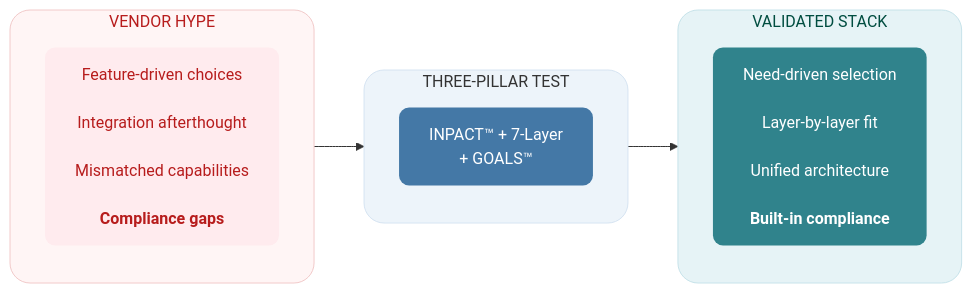
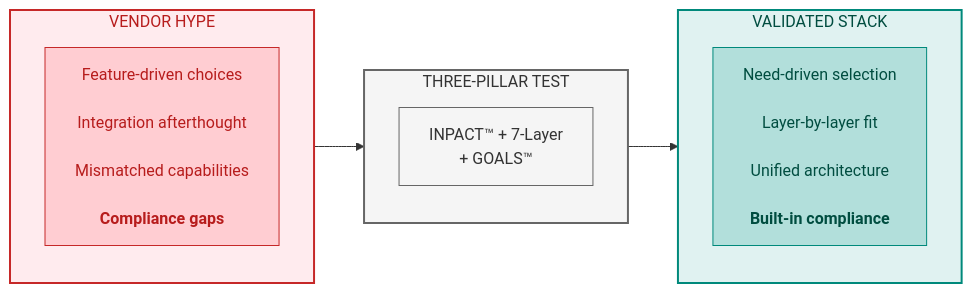
The first of 5 diagrams in manuscript/12_chapter_11_technology_selection_guide.md (saitejesh-cyber/trust-before-intelligence-book), drawn with Mermaid before and after one commit. The commit also changed other lines of this file and 12 other files, not shown here.

Commit message:
Restore legacy Mermaid styles for Option 1

````diff
--- a/manuscript/12_chapter_11_technology_selection_guide.md
+++ b/manuscript/12_chapter_11_technology_selection_guide.md
@@ -23,28 +23,28 @@
 ```mermaid
 
  graph LR
     subgraph BEFORE["VENDOR HYPE"]
         direction TB
         B1["Feature-driven choices<br/><br/>Integration afterthought<br/><br/>Mismatched capabilities<br/><br/><b>Compliance gaps</b>"]
     end
     
     subgraph TRANSFORM["THREE-PILLAR TEST"]
         direction TB
         T1["INPACT™ + 7-Layer<br/>+ GOALS™"]
     end
     
     subgraph AFTER["VALIDATED STACK"]
         direction TB
         A1["Need-driven selection<br/><br/>Layer-by-layer fit<br/><br/>Unified architecture<br/><br/><b>Built-in compliance</b>"]
     end
     
     BEFORE --> TRANSFORM --> AFTER
     
-    style BEFORE fill:#fff5f5,stroke:#f2caca,stroke-width:1px,color:#b71c1c,rx:20,ry:20
-    style TRANSFORM fill:#edf4fa,stroke:#d6e4f2,stroke-width:1px,color:#333333,rx:20,ry:20
-    style AFTER fill:#e6f3f6,stroke:#c7e3ea,stroke-width:1px,color:#004d40,rx:20,ry:20
-    style B1 fill:#ffebee,stroke:none,color:#b71c1c,rx:10,ry:10
-    style T1 fill:#4478A6,stroke:none,color:#ffffff,rx:10,ry:10
-    style A1 fill:#30838C,stroke:none,color:#ffffff,rx:10,ry:10
+    style BEFORE fill:#ffebee,stroke:#c62828,stroke-width:2px,color:#b71c1c
+    style TRANSFORM fill:#f5f5f5,stroke:#666666,stroke-width:2px,color:#333333
+    style AFTER fill:#e0f2f1,stroke:#00897b,stroke-width:2px,color:#004d40
+    style B1 fill:#ffcdd2,stroke:#c62828,color:#b71c1c
+    style T1 fill:#f5f5f5,stroke:#666666,color:#333333
+    style A1 fill:#b2dfdb,stroke:#00897b,color:#004d40
 
 ```
````
